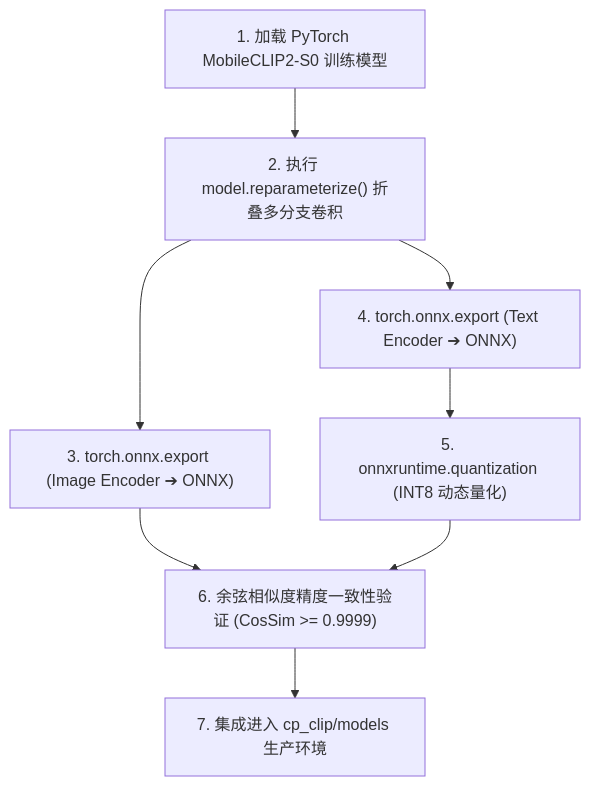
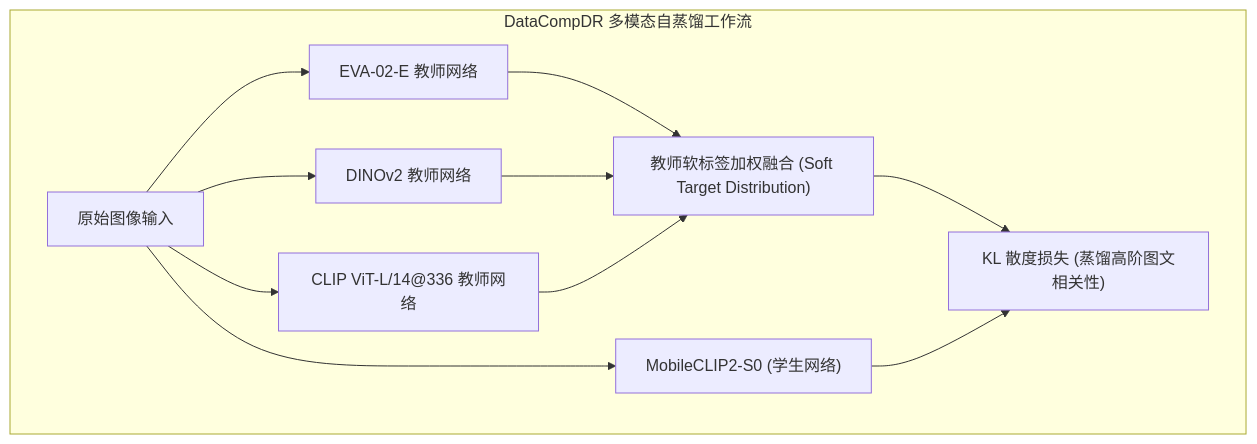
The third of 6 diagrams in wiki_work/07_mobileclip2_s0_metrics_and_evaluation.md (NovaMindLab/AIShare-Grabber), drawn with Mermaid before and after one commit. The commit also changed other lines of this file, not shown here.

Commit message:
docs: enrich MobileCLIP2-S0 benchmarks, official literature and competitor analysis in wiki 07

````diff
--- a/wiki_work/07_mobileclip2_s0_metrics_and_evaluation.md
+++ b/wiki_work/07_mobileclip2_s0_metrics_and_evaluation.md
@@ -67,10 +158,12 @@
 ```mermaid
 flowchart TD
-    PT["1. 加载 PyTorch MobileCLIP2-S0 训练模型"] --> Reparam["2. 执行 model.reparameterize() 折叠多分支卷积"]
-    Reparam --> ExportImg["3. torch.onnx.export (Image Encoder ➔ ONNX)"]
-    Reparam --> ExportTxt["4. torch.onnx.export (Text Encoder ➔ ONNX)"]
-    ExportTxt --> Quant["5. onnxruntime.quantization (INT8 动态量化)"]
-    ExportImg --> Verify["6. 余弦相似度精度一致性验证 (CosSim >= 0.9999)"]
-    Quant --> Verify
-    Verify --> Deploy["7. 集成进入 cp_clip/models 生产环境"]
+    subgraph DataCompDR ["DataCompDR 多模态自蒸馏工作流"]
+        Img["原始图像输入"] --> T1["EVA-02-E 教师网络"]
+        Img --> T2["DINOv2 教师网络"]
+        Img --> T3["CLIP ViT-L/14@336 教师网络"]
+        T1 & T2 & T3 --> Ensemble["教师软标签加权融合 (Soft Target Distribution)"]
+        Ensemble --> KL["KL 散度损失 (蒸馏高阶图文相关性)"]
+        Img --> S0["MobileCLIP2-S0 (学生网络)"]
+        S0 --> KL
+    end
 ```
````
